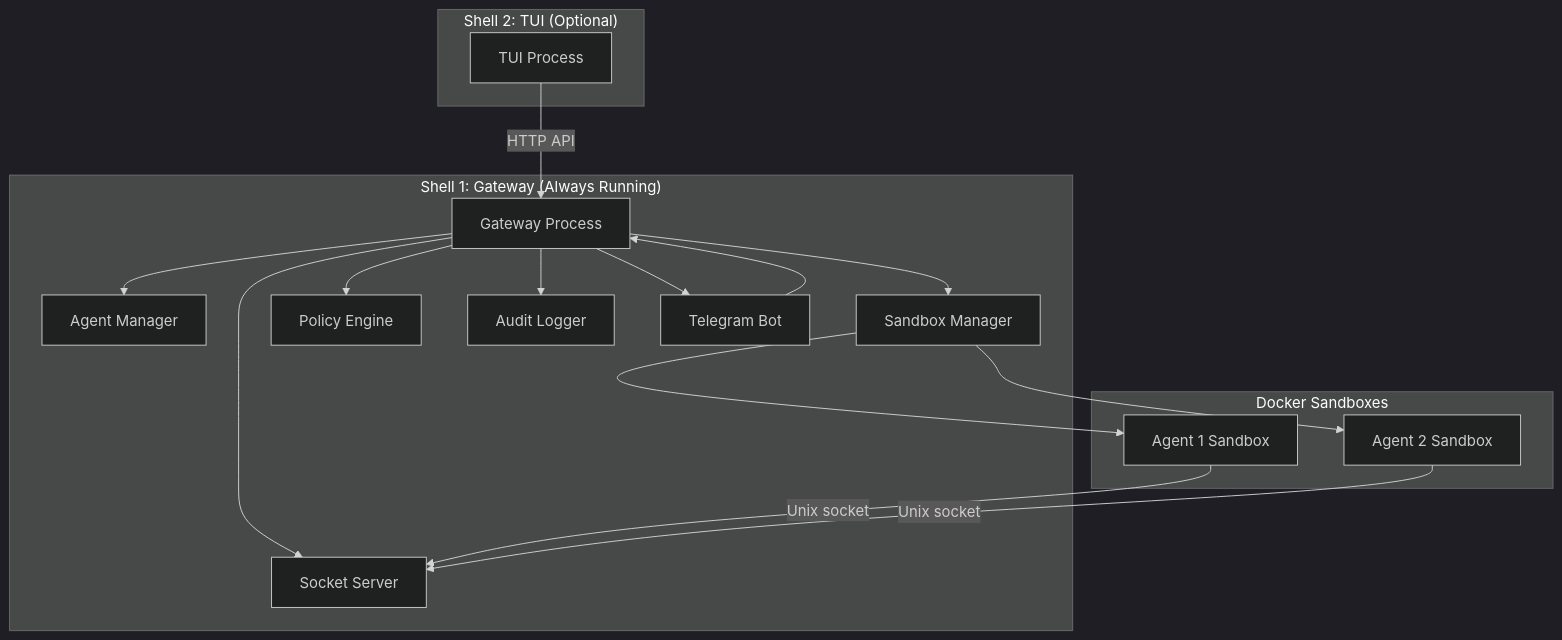
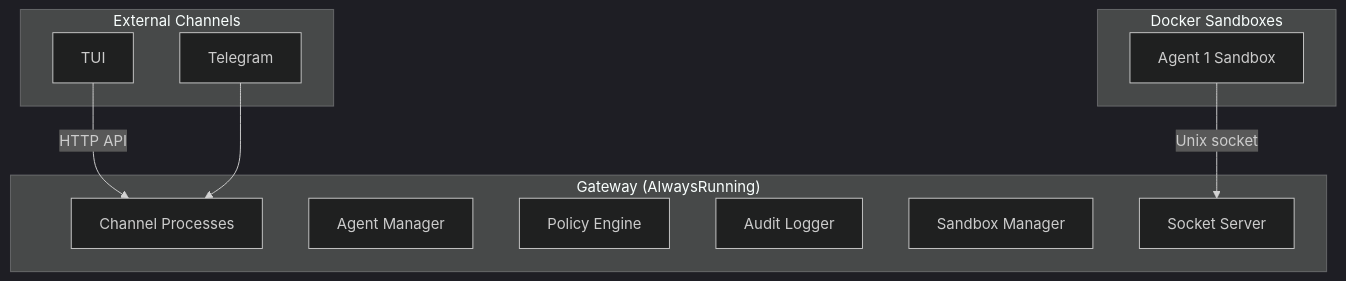
One commit to matthias-hausberger/beige changed the diagram in docs/index.mdx. Above: the diagram before and after it, drawn with Mermaid (dark theme). The commit also changed other lines of this file and 1 other file, not shown here.

````diff
--- a/docs/index.mdx
+++ b/docs/index.mdx
@@ -46,29 +40,23 @@
 ```mermaid
 graph TB
-    subgraph "Shell 1: Gateway (Always Running)"
-        GW[Gateway Process]
-        GW --> AM[Agent Manager]
-        GW --> SM[Sandbox Manager]
-        GW --> SS[Socket Server]
-        GW --> PE[Policy Engine]
-        GW --> AL[Audit Logger]
-        GW --> TG[Telegram Bot]
+    subgraph "Gateway (AlwaysRunning)"
+        CH[Channel Processes]
+        AM[Agent Manager]
+        PE[Policy Engine]
+        AL[Audit Logger]
+        SM[Sandbox Manager]
+        SS[Socket Server]
     end
 
-    subgraph "Shell 2: TUI (Optional)"
-        TUI[TUI Process]
-        TUI -->|HTTP API| GW
+    subgraph "External Channels"
+        TUI[TUI]
+        TG[Telegram]
+        TUI -->|HTTP API| CH
+        TG --> CH
     end
 
     subgraph "Docker Sandboxes"
         SB1[Agent 1 Sandbox]
-        SB2[Agent 2 Sandbox]
     end
-
-    SM --> SB1
-    SM --> SB2
     SB1 -->|Unix socket| SS
-    SB2 -->|Unix socket| SS
-
-    TG --> GW
 ```
````
